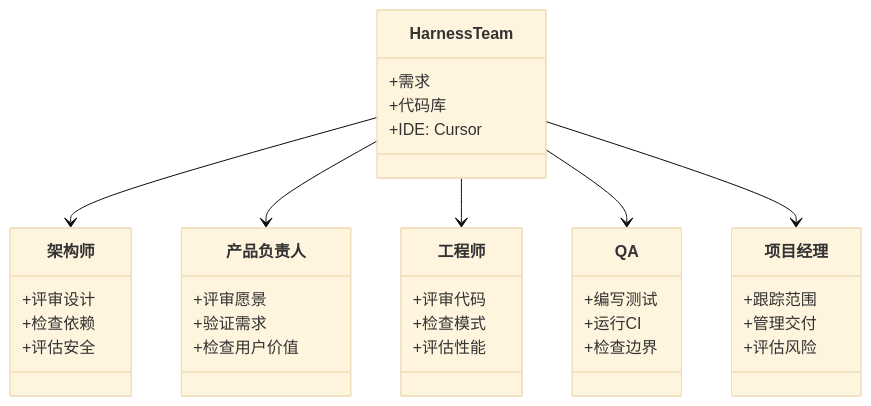
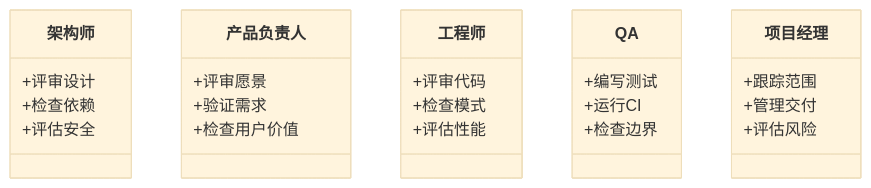
Before and after one commit to arthaszeng/harness-orchestrator: the third of 3 diagrams in README.zh-CN.md, drawn with Mermaid (base theme). The commit also changed other lines of this file and 1 other file, not shown here.

First line of the commit message:
docs(readme): fix flow diagram layout, unify mermaid styles, improve structure (#89)

````diff
--- a/README.zh-CN.md
+++ b/README.zh-CN.md
@@ -15,39 +159,28 @@
 ```mermaid
 classDiagram
-    class HarnessTeam {
-        +需求
-        +代码库
-        +IDE: Cursor
-    }
     class 架构师 {
         +评审设计
         +检查依赖
         +评估安全
     }
     class 产品负责人 {
         +评审愿景
         +验证需求
         +检查用户价值
     }
     class 工程师 {
         +评审代码
         +检查模式
         +评估性能
     }
     class QA {
         +编写测试
         +运行CI
         +检查边界
     }
     class 项目经理 {
         +跟踪范围
         +管理交付
         +评估风险
     }
-
-    HarnessTeam --> 架构师
-    HarnessTeam --> 产品负责人
-    HarnessTeam --> 工程师
-    HarnessTeam --> QA
-    HarnessTeam --> 项目经理
 ```
````
